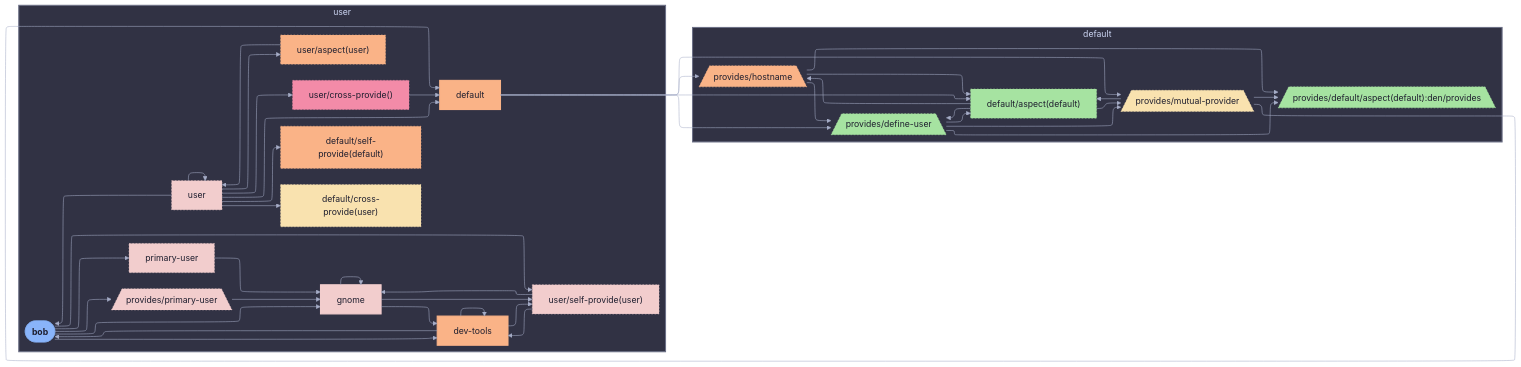
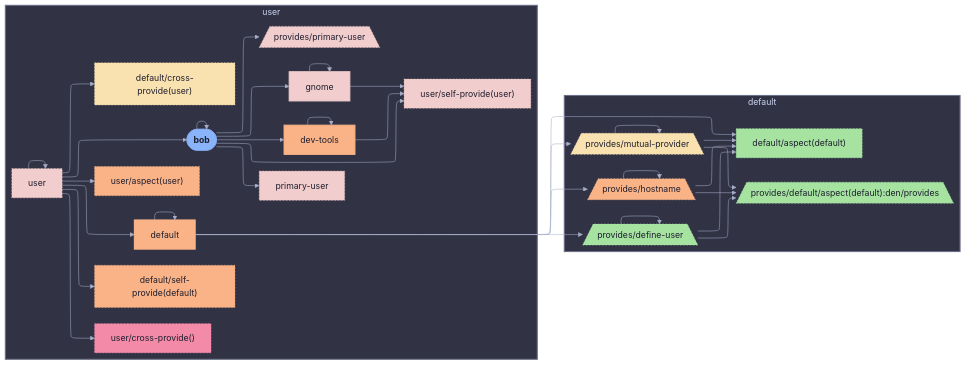
Before and after one commit to sini/den: the first of 3 diagrams in templates/diag-fx-demo/diagrams/multi-desktop-bob-dag.md, drawn with Mermaid. The commit also changed other lines of this file and 849 other files, not shown here.

Commit message:
chore: update fx diagrams

```diff
--- a/templates/diag-fx-demo/diagrams/multi-desktop-bob-dag.md
+++ b/templates/diag-fx-demo/diagrams/multi-desktop-bob-dag.md
@@ -18,19 +18,16 @@
   user__aspect_user_["user/aspect(user)"]:::user__aspect_user__c
   user__cross_provide__anon__["user/cross-provide(<anon>)"]:::user__cross_provide__anon___c
   user__self_provide_user_["user/self-provide(user)"]:::user__self_provide_user__c
+  bob --> bob
   bob --> dev_tools
   bob --> gnome
   bob --> primary_user
   bob --> den__provides__primary_user
   bob --> user__self_provide_user_
-  den__provides__primary_user --> gnome
-  dev_tools --> bob
   dev_tools --> dev_tools
   dev_tools --> user__self_provide_user_
-  gnome --> dev_tools
   gnome --> gnome
   gnome --> user__self_provide_user_
-  primary_user --> gnome
   user --> bob
   user --> n_default
   user --> default__cross_provide_user_
@@ -38,10 +35,6 @@
   user --> user
   user --> user__aspect_user_
   user --> user__cross_provide__anon__
-  user__aspect_user_ --> user
-  user__cross_provide__anon__ --> n_default
-  user__self_provide_user_ --> dev_tools
-  user__self_provide_user_ --> gnome
   end
   subgraph ctx_default["default"]
   n_default["default"]:::n_default_c
@@ -52,22 +45,20 @@
   den__provides__define_user[/"provides/define-user"\]:::den__provides__define_user_c
   den__provides__hostname[/"provides/hostname"\]:::den__provides__hostname_c
   den__provides__mutual_provider[/"provides/mutual-provider"\]:::den__provides__mutual_provider_c
+  n_default --> n_default
   n_default --> default__aspect_default_
   n_default --> den__provides__define_user
   n_default --> den__provides__hostname
   n_default --> den__provides__mutual_provider
-  default__aspect_default_ --> den__provides__define_user
-  default__aspect_default_ --> den__provides__hostname
-  default__aspect_default_ --> den__provides__mutual_provider
   den__provides__define_user --> default__aspect_default_
   den__provides__define_user --> den__provides__default__aspect_default__den__provides
-  den__provides__define_user --> den__provides__mutual_provider
+  den__provides__define_user --> den__provides__define_user
   den__provides__hostname --> default__aspect_default_
   den__provides__hostname --> den__provides__default__aspect_default__den__provides
-  den__provides__hostname --> den__provides__define_user
-  den__provides__mutual_provider --> n_default
+  den__provides__hostname --> den__provides__hostname
   den__provides__mutual_provider --> default__aspect_default_
   den__provides__mutual_provider --> den__provides__default__aspect_default__den__provides
+  den__provides__mutual_provider --> den__provides__mutual_provider
   end
 
 
```
